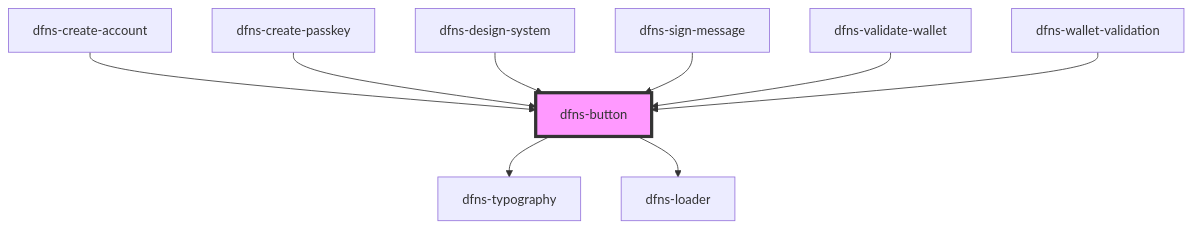
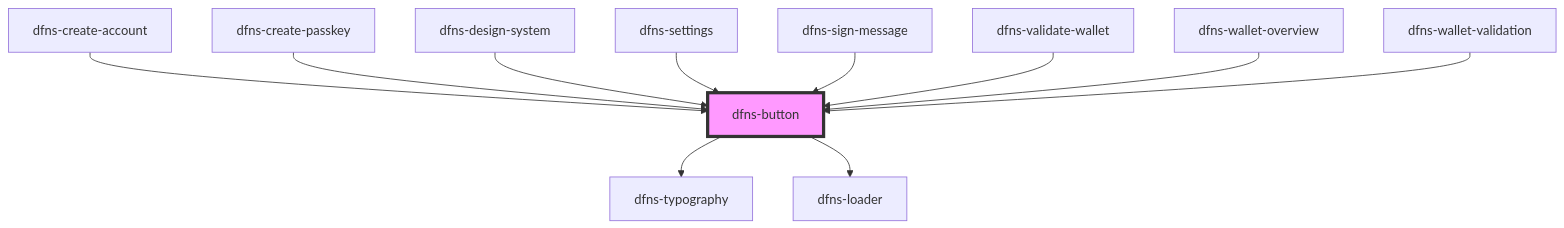
One commit to dfnsext/web-ui changed the diagram in src/components/dfns-button/readme.md. Above: the diagram before and after it, drawn with Mermaid. The commit also changed other lines of this file and 60 other files, not shown here.

````diff
--- a/src/components/dfns-button/readme.md
+++ b/src/components/dfns-button/readme.md
@@ -50,12 +52,14 @@
 ```mermaid
 graph TD;
   dfns-button --> dfns-typography
   dfns-button --> dfns-loader
   dfns-create-account --> dfns-button
   dfns-create-passkey --> dfns-button
   dfns-design-system --> dfns-button
+  dfns-settings --> dfns-button
   dfns-sign-message --> dfns-button
   dfns-validate-wallet --> dfns-button
+  dfns-wallet-overview --> dfns-button
   dfns-wallet-validation --> dfns-button
   style dfns-button fill:#f9f,stroke:#333,stroke-width:4px
 ```
````
